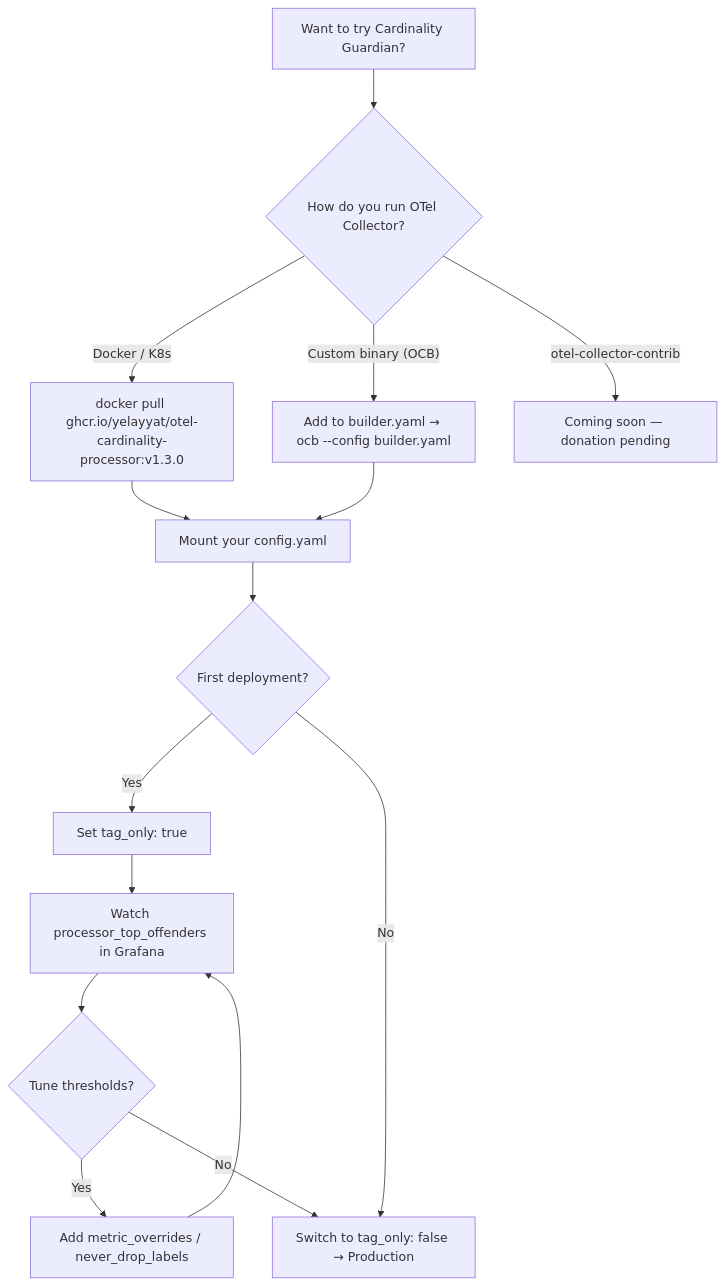
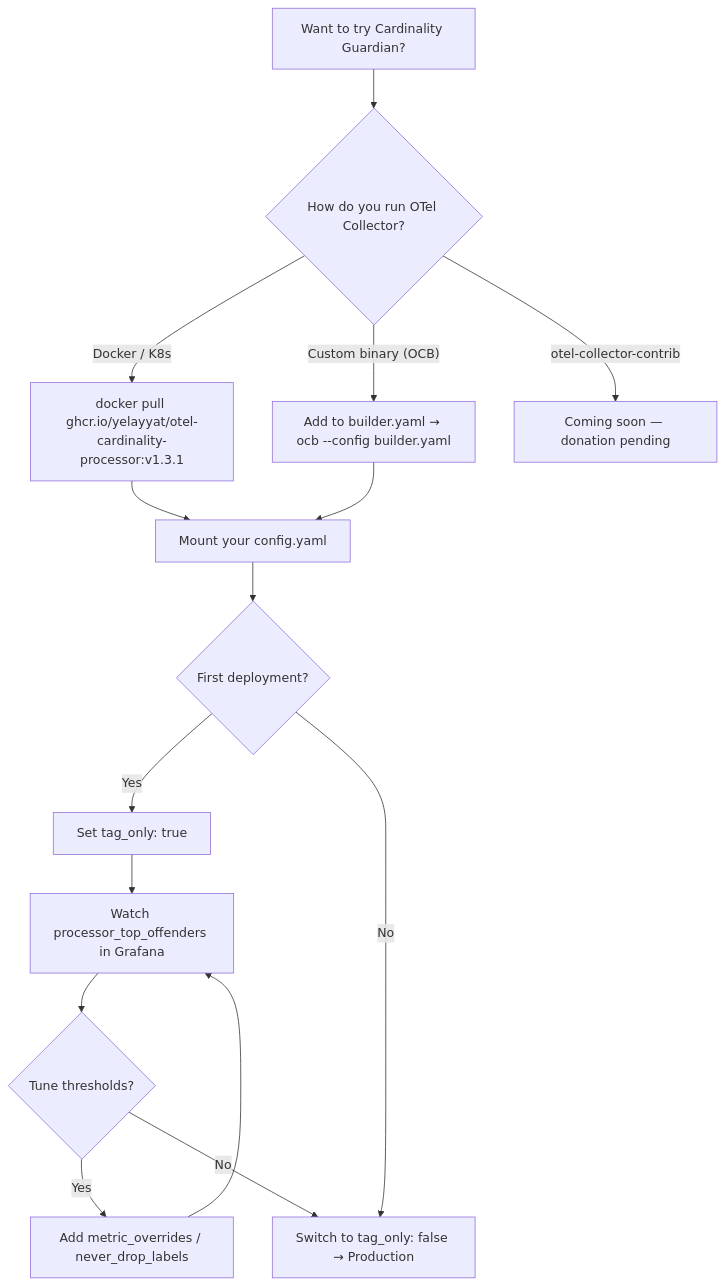
The second of 2 diagrams in README.md (YElayyat/otel-cardinality-processor), drawn with Mermaid before and after one commit. The commit also changed other lines of this file and 1 other file, not shown here.

````diff
--- a/README.md
+++ b/README.md
@@ -143,17 +140,17 @@
 ```mermaid
 flowchart TD
     A[Want to try Cardinality Guardian?] --> B{How do you run OTel Collector?}
-    B -- "Docker / K8s" --> C["docker pull ghcr.io/yelayyat/otel-cardinality-processor:v1.3.0"]
+    B -- "Docker / K8s" --> C["docker pull ghcr.io/yelayyat/otel-cardinality-processor:v1.3.1"]
     B -- "Custom binary (OCB)" --> D[Add to builder.yaml → ocb --config builder.yaml]
     B -- "otel-collector-contrib" --> E["Coming soon — donation pending"]
     C --> F[Mount your config.yaml]
     D --> F
     F --> G{First deployment?}
     G -- Yes --> H["Set tag_only: true"]
     H --> I[Watch processor_top_offenders in Grafana]
     I --> J{Tune thresholds?}
     J -- Yes --> K[Add metric_overrides / never_drop_labels]
     K --> I
     J -- No --> L["Switch to tag_only: false → Production"]
     G -- No --> L
 ```
````
